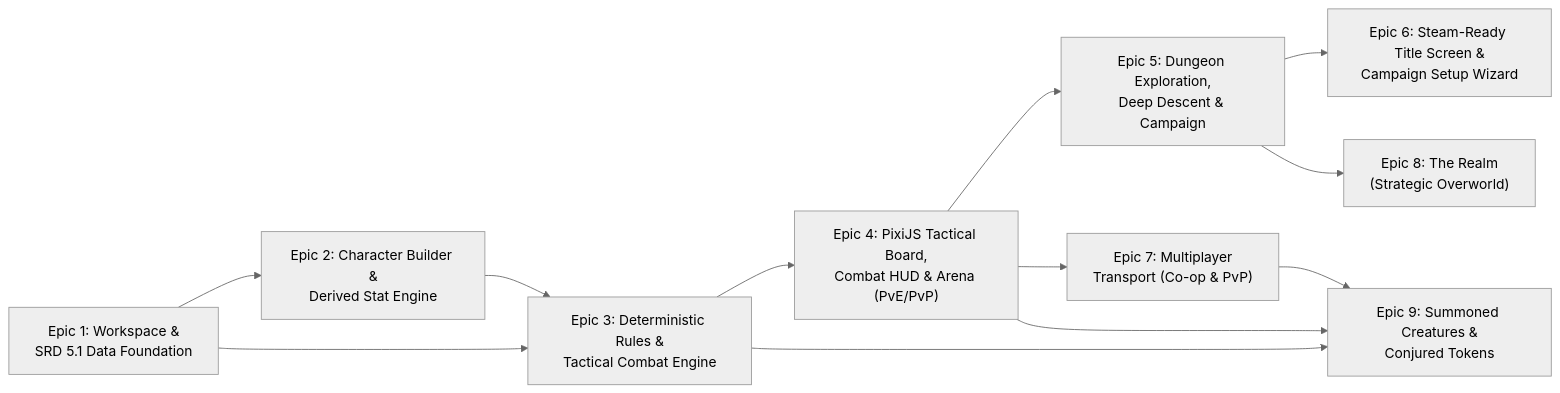
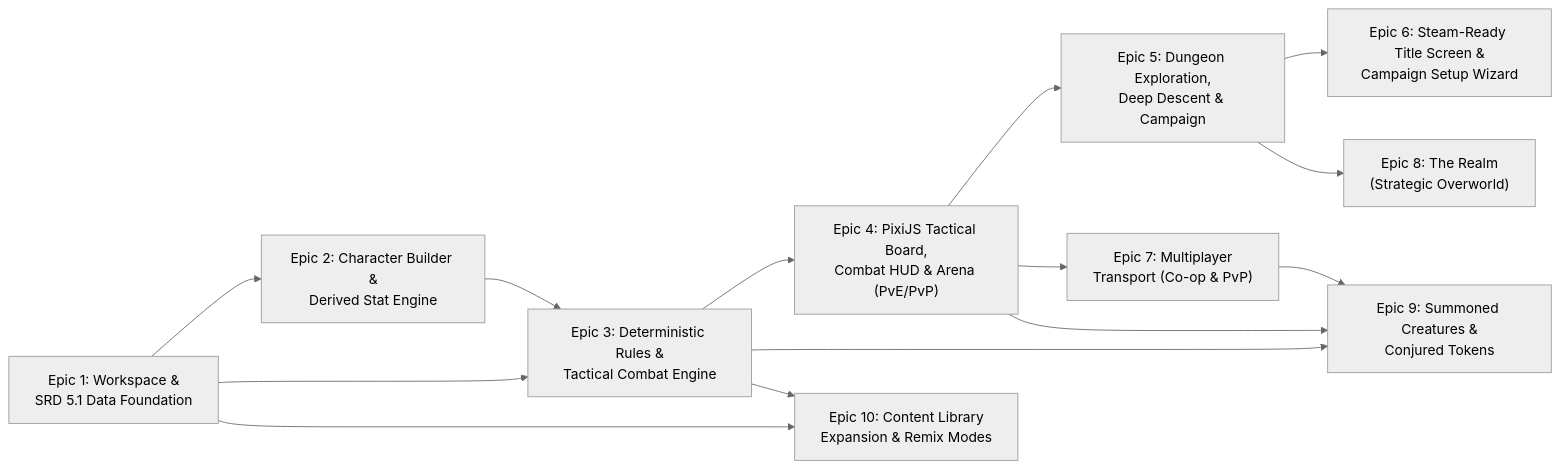
The diagram in BACKLOG.md (johwes/srd5-game), drawn with Mermaid (neutral theme) before and after one commit. The commit also changed other lines of this file and 1 other file, not shown here.

First line of the commit message:
docs(spec,backlog): add Epic 10 content library expansion and remix modes (SRD-1001..1005)

````diff
--- a/BACKLOG.md
+++ b/BACKLOG.md
@@ -14,14 +14,16 @@
 ```mermaid
 flowchart LR
     E1["Epic 1: Workspace &\nSRD 5.1 Data Foundation"] --> E2["Epic 2: Character Builder &\nDerived Stat Engine"]
     E1 --> E3["Epic 3: Deterministic Rules &\nTactical Combat Engine"]
     E2 --> E3
     E3 --> E4["Epic 4: PixiJS Tactical Board,\nCombat HUD & Arena (PvE/PvP)"]
     E4 --> E5["Epic 5: Dungeon Exploration,\nDeep Descent & Campaign"]
     E5 --> E6["Epic 6: Steam-Ready Title Screen &\nCampaign Setup Wizard"]
     E4 --> E7["Epic 7: Multiplayer\nTransport (Co-op & PvP)"]
     E5 --> E8["Epic 8: The Realm\n(Strategic Overworld)"]
     E3 --> E9["Epic 9: Summoned Creatures &\nConjured Tokens"]
     E4 --> E9
     E7 --> E9
+    E1 --> E10["Epic 10: Content Library\nExpansion & Remix Modes"]
+    E3 --> E10
 ```
````
